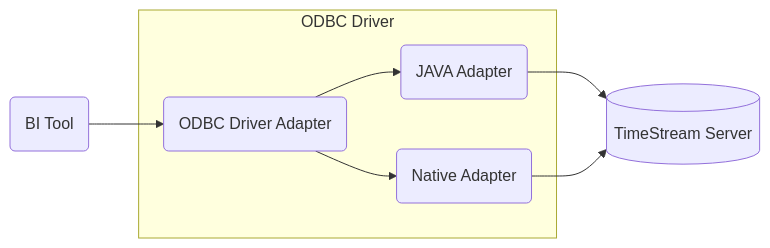
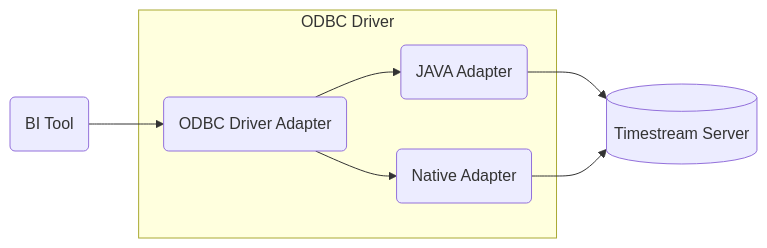
The diagram in src/markdown/index.md (Bit-Quill/amazon-timestream-odbc-driver), drawn with Mermaid before and after one commit. The commit also changed other lines of this file and 44 other files, not shown here.

````diff
--- a/src/markdown/index.md
+++ b/src/markdown/index.md
@@ -18,10 +18,10 @@
 ```mermaid
 graph LR
     A(BI Tool) --> B(ODBC Driver Adapter)
     subgraph Driver [ODBC Driver]
     B --> C(JAVA Adapter)
     B --> D(Native Adapter)
     end
-    C --> E[(TimeStream Server)]
+    C --> E[(Timestream Server)]
     D --> E 
 ```
````
